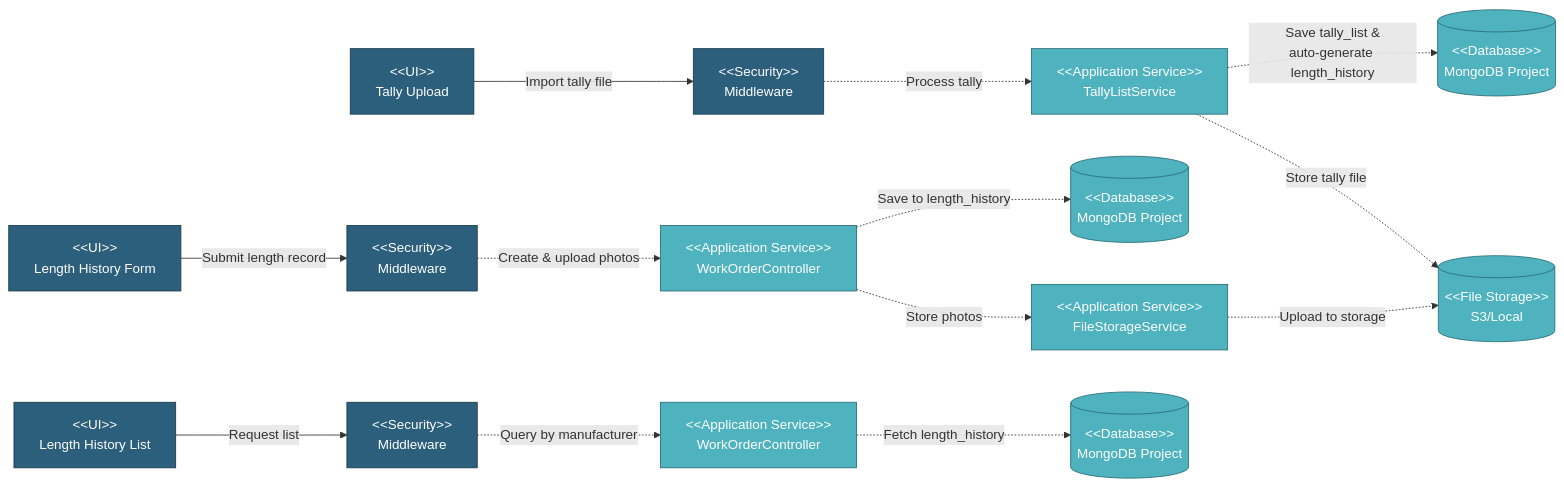
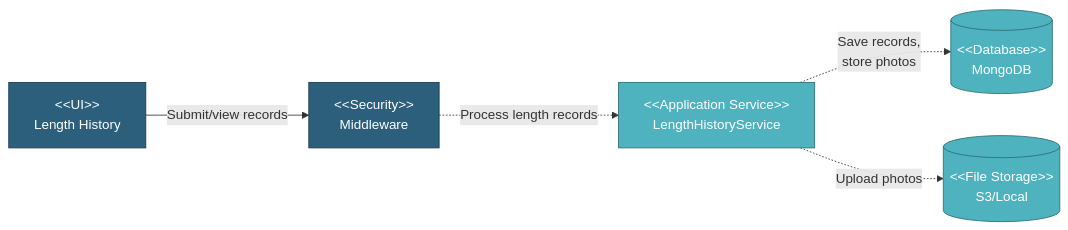
One commit to faizalmuzakki/pipeline-docs changed the diagram in docs/TDD/05-Component-Design/5.4-Work-Order-Module/5.4.3-Length-History-Tracking.md. Above: the diagram before and after it, drawn with Mermaid. The commit also changed other lines of this file and 5 other files, not shown here.

Commit message:
feat: rework work order component design sections

````diff
--- a/docs/TDD/05-Component-Design/5.4-Work-Order-Module/5.4.3-Length-History-Tracking.md
+++ b/docs/TDD/05-Component-Design/5.4-Work-Order-Module/5.4.3-Length-History-Tracking.md
@@ -9,53 +9,19 @@
 ```mermaid
 graph LR
-    UI_FORM["&lt;&lt;UI&gt;&gt;<br/>Length History Form"]
-    UI_LIST["&lt;&lt;UI&gt;&gt;<br/>Length History List"]
-    UI_TALLY["&lt;&lt;UI&gt;&gt;<br/>Tally Upload"]
-
-    SEC1["&lt;&lt;Security&gt;&gt;<br/>Middleware"]
-    SEC2["&lt;&lt;Security&gt;&gt;<br/>Middleware"]
-    SEC3["&lt;&lt;Security&gt;&gt;<br/>Middleware"]
-
-    WO_SVC1["&lt;&lt;Application Service&gt;&gt;<br/>WorkOrderController"]
-    WO_SVC2["&lt;&lt;Application Service&gt;&gt;<br/>WorkOrderController"]
-    TALLY_SVC["&lt;&lt;Application Service&gt;&gt;<br/>TallyListService"]
-    FILE_SVC["&lt;&lt;Application Service&gt;&gt;<br/>FileStorageService"]
-
-    DB1[("&lt;&lt;Database&gt;&gt;<br/>MongoDB Project")]
-    DB2[("&lt;&lt;Database&gt;&gt;<br/>MongoDB Project")]
-    DB3[("&lt;&lt;Database&gt;&gt;<br/>MongoDB Project")]
+    UI_FORM["&lt;&lt;UI&gt;&gt;<br/>Length History"]
+    SEC["&lt;&lt;Security&gt;&gt;<br/>Middleware"]
+    LENGTH_SVC["&lt;&lt;Application Service&gt;&gt;<br/>LengthHistoryService"]
+    DB[("&lt;&lt;Database&gt;&gt;<br/>MongoDB")]
     STORAGE[("&lt;&lt;File Storage&gt;&gt;<br/>S3/Local")]
 
-    %% Submit Length Record Flow
-    UI_FORM -->|Submit length record| SEC1
-    SEC1 -.->|Create & upload photos| WO_SVC1
-    WO_SVC1 -.->|Save to length_history| DB1
-    WO_SVC1 -.->|Store photos| FILE_SVC
-    FILE_SVC -.->|Upload to storage| STORAGE
-
-    %% View Length History Flow
-    UI_LIST -->|Request list| SEC2
-    SEC2 -.->|Query by manufacturer| WO_SVC2
-    WO_SVC2 -.->|Fetch length_history| DB2
-
-    %% Tally Import Auto-Generation Flow
-    UI_TALLY -->|Import tally file| SEC3
-    SEC3 -.->|Process tally| TALLY_SVC
-    TALLY_SVC -.->|Save tally_list &<br/>auto-generate length_history| DB3
-    TALLY_SVC -.->|Store tally file| STORAGE
+    UI_FORM -->|Submit/view records| SEC
+    SEC -.->|Process length records| LENGTH_SVC
+    LENGTH_SVC -.->|Save records,<br/>store photos| DB
+    LENGTH_SVC -.->|Upload photos| STORAGE
 
     style UI_FORM fill:#2C5F7C,stroke:#1a3a4a,color:#fff
-    style UI_LIST fill:#2C5F7C,stroke:#1a3a4a,color:#fff
-    style UI_TALLY fill:#2C5F7C,stroke:#1a3a4a,color:#fff
-    style SEC1 fill:#2C5F7C,stroke:#1a3a4a,color:#fff
-    style SEC2 fill:#2C5F7C,stroke:#1a3a4a,color:#fff
-    style SEC3 fill:#2C5F7C,stroke:#1a3a4a,color:#fff
-    style WO_SVC1 fill:#4FB3BF,stroke:#2a6d76,color:#fff
-    style WO_SVC2 fill:#4FB3BF,stroke:#2a6d76,color:#fff
-    style TALLY_SVC fill:#4FB3BF,stroke:#2a6d76,color:#fff
-    style FILE_SVC fill:#4FB3BF,stroke:#2a6d76,color:#fff
-    style DB1 fill:#4FB3BF,stroke:#2a6d76,color:#fff
-    style DB2 fill:#4FB3BF,stroke:#2a6d76,color:#fff
-    style DB3 fill:#4FB3BF,stroke:#2a6d76,color:#fff
+    style SEC fill:#2C5F7C,stroke:#1a3a4a,color:#fff
+    style LENGTH_SVC fill:#4FB3BF,stroke:#2a6d76,color:#fff
+    style DB fill:#4FB3BF,stroke:#2a6d76,color:#fff
     style STORAGE fill:#4FB3BF,stroke:#2a6d76,color:#fff
 ```
````
